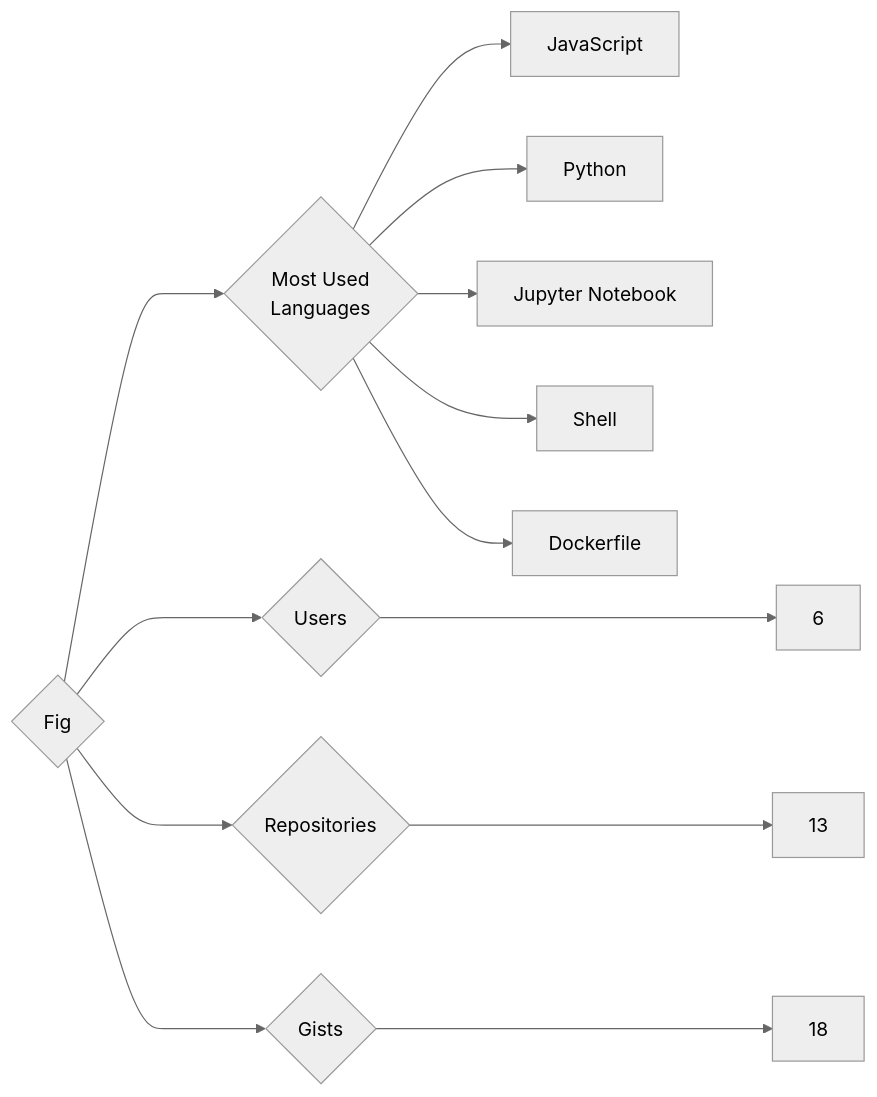
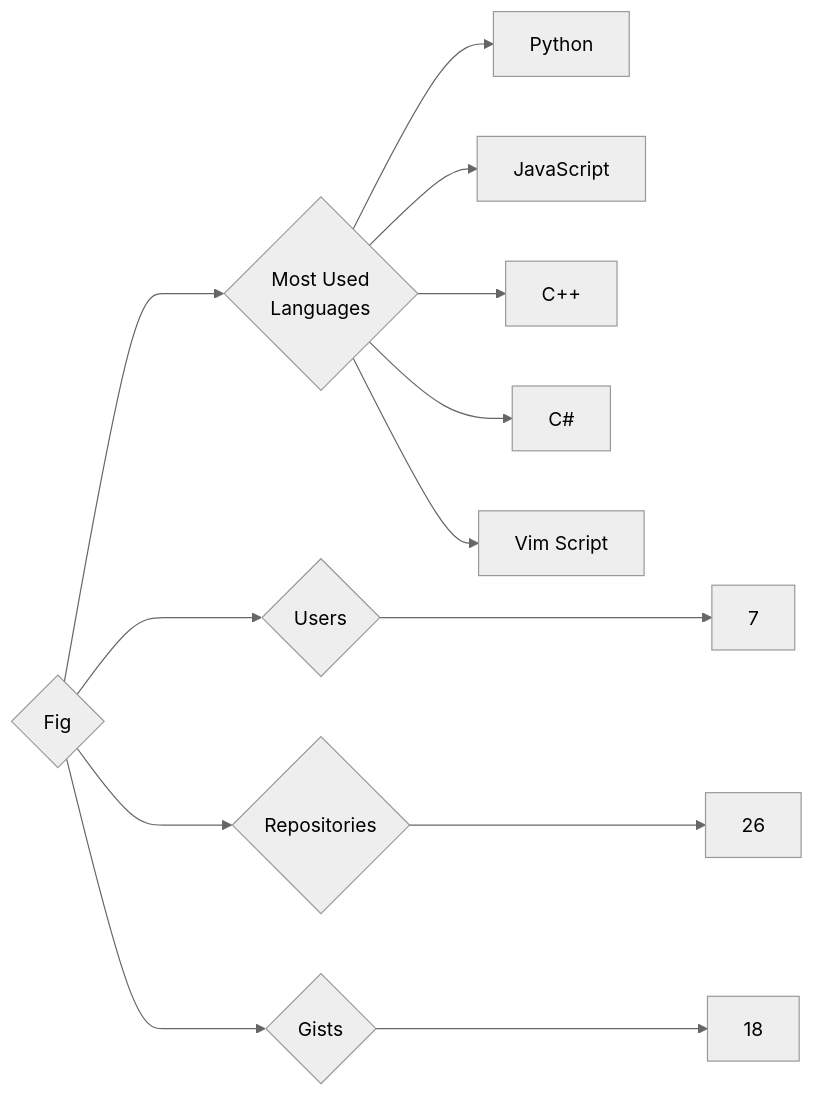
One commit to trickest/insiders changed the diagram in targets/Fig/README.md. Above: the diagram before and after it, drawn with Mermaid (neutral theme). The commit also changed 1238 other files, not shown here.

````diff
--- a/targets/Fig/README.md
+++ b/targets/Fig/README.md
@@ -3,13 +3,13 @@
 ```mermaid
 graph LR
 COMPANY_NAME{Fig}
-COMPANY_NAME ---> U{Users} ---> UN[6]
-COMPANY_NAME ---> R{Repositories} ---> RN[13]
+COMPANY_NAME ---> U{Users} ---> UN[7]
+COMPANY_NAME ---> R{Repositories} ---> RN[26]
 COMPANY_NAME ---> G{Gists} ---> GN[18]
 COMPANY_NAME ---> ML{Most Used<br>Languages}
+ML --> Python[Python]
 ML --> JavaScript[JavaScript]
-ML --> Python[Python]
-ML --> Jupyter_Notebook[Jupyter Notebook]
-ML --> Shell[Shell]
-ML --> Dockerfile[Dockerfile]
+ML --> C++[C++]
+ML --> C#[C#]
+ML --> Vim_Script[Vim Script]
 ```
````
